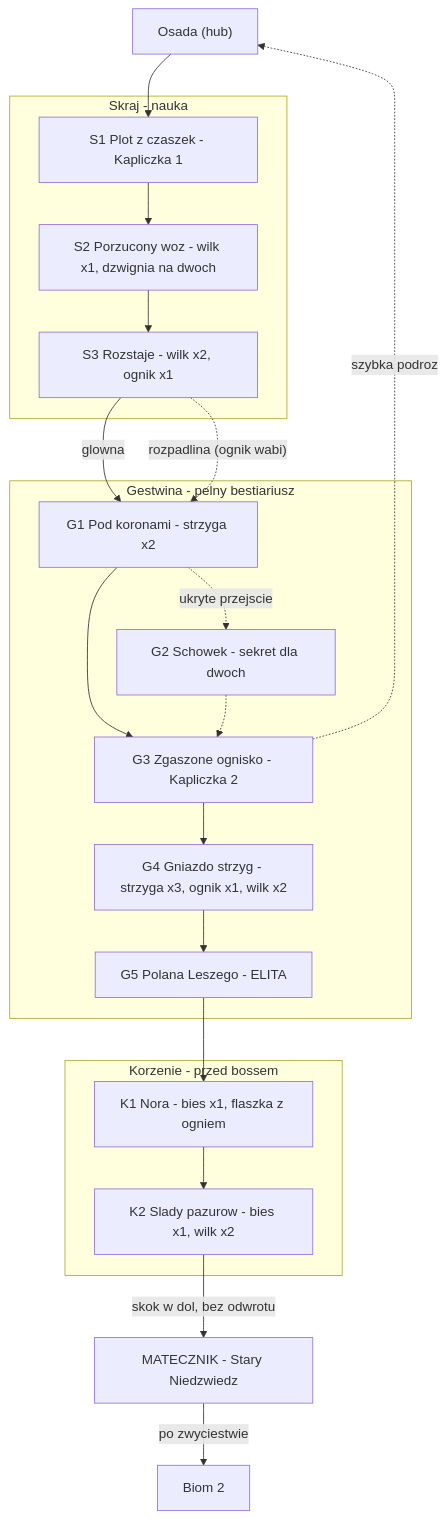
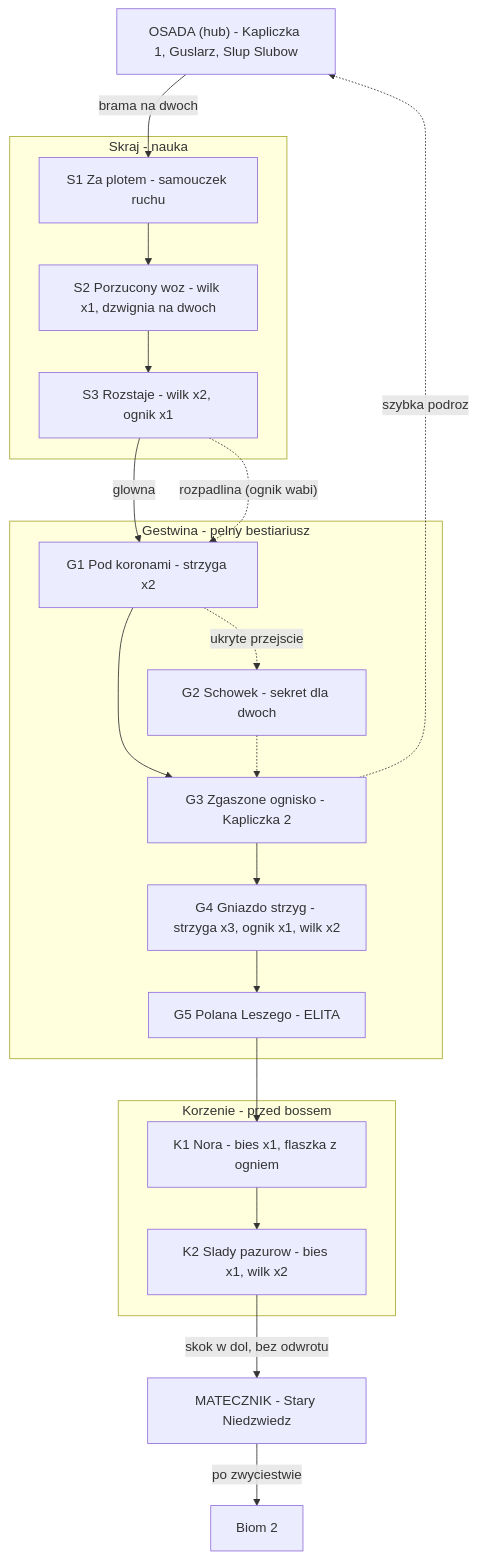
Before and after one commit to KrystianRodziewicz/KryLex: the diagram in docs/biom-1-przeklety-bor.md, drawn with Mermaid. The commit also changed other lines of this file, not shown here.

````diff
--- a/docs/biom-1-przeklety-bor.md
+++ b/docs/biom-1-przeklety-bor.md
@@ -323,41 +323,41 @@
 ```mermaid
 flowchart TD
-    OSADA["Osada (hub)"]
-    OSADA --> S1
+    OSADA["OSADA (hub) - Kapliczka 1, Guslarz, Slup Slubow"]
+    OSADA -- "brama na dwoch" --> S1
 
     subgraph SKRAJ["Skraj - nauka"]
-        S1["S1 Plot z czaszek - Kapliczka 1"]
+        S1["S1 Za plotem - samouczek ruchu"]
         S2["S2 Porzucony woz - wilk x1, dzwignia na dwoch"]
         S3["S3 Rozstaje - wilk x2, ognik x1"]
     end
     S1 --> S2
     S2 --> S3
 
     subgraph GESTWINA["Gestwina - pelny bestiariusz"]
         G1["G1 Pod koronami - strzyga x2"]
         G2["G2 Schowek - sekret dla dwoch"]
         G3["G3 Zgaszone ognisko - Kapliczka 2"]
         G4["G4 Gniazdo strzyg - strzyga x3, ognik x1, wilk x2"]
         G5["G5 Polana Leszego - ELITA"]
     end
     S3 -- "glowna" --> G1
     S3 -. "rozpadlina (ognik wabi)" .-> G1
     G1 --> G3
     G1 -. "ukryte przejscie" .-> G2
     G2 -.-> G3
     G3 --> G4
     G4 --> G5
 
     subgraph KORZENIE["Korzenie - przed bossem"]
         K1["K1 Nora - bies x1, flaszka z ogniem"]
         K2["K2 Slady pazurow - bies x1, wilk x2"]
     end
     G5 --> K1
     K1 --> K2
 
     ARENA["MATECZNIK - Stary Niedzwiedz"]
     K2 -- "skok w dol, bez odwrotu" --> ARENA
     ARENA -- "po zwyciestwie" --> BIOM2["Biom 2"]
 
     G3 -. "szybka podroz" .-> OSADA
 ```
````
